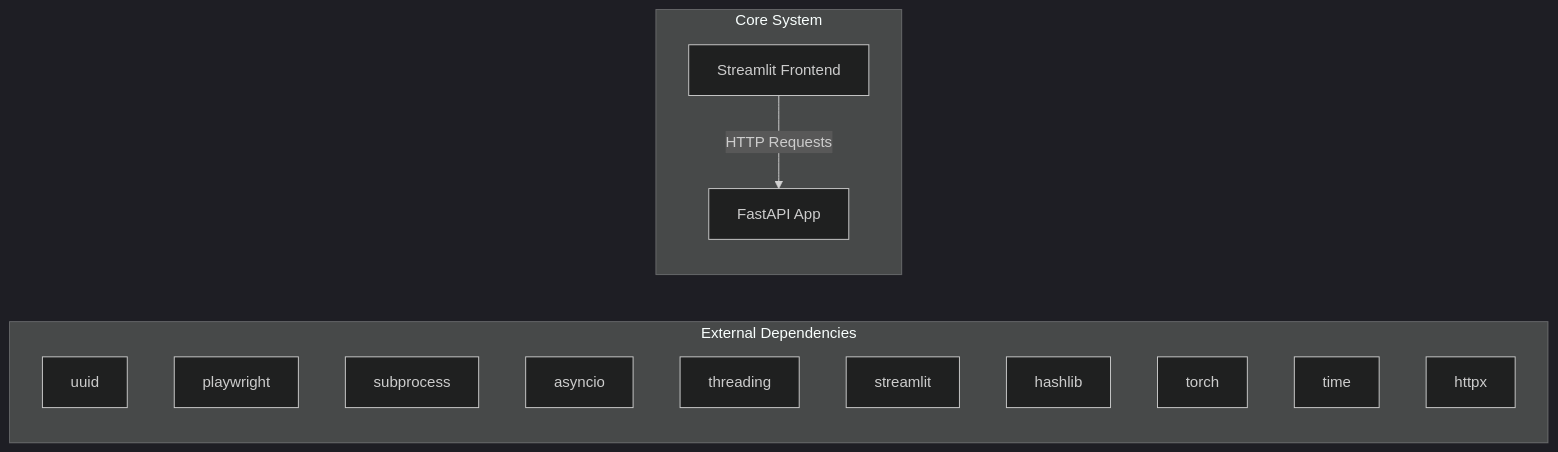
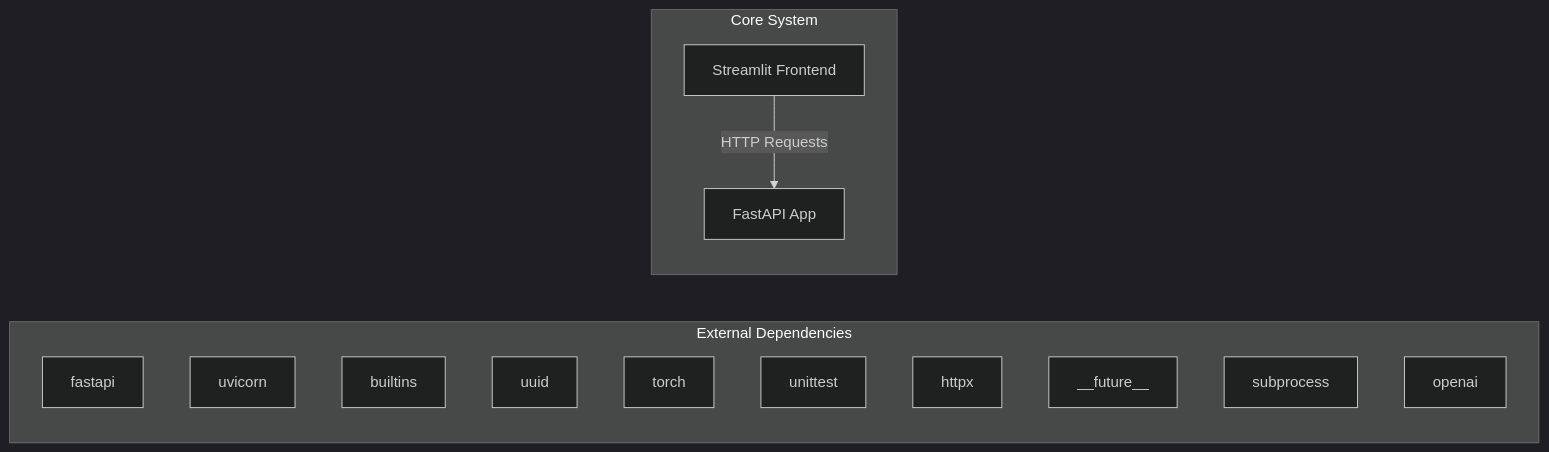
The first of 2 diagrams in docs/architecture.md (NITISH-R-G/rag-context-optimizer), drawn with Mermaid (dark theme) before and after one commit. The commit also changed 1 other file, not shown here.

Commit message:
docs: auto-update repository knowledge, architecture diagrams, and documentation

````diff
--- a/docs/architecture.md
+++ b/docs/architecture.md
@@ -7,20 +7,20 @@
 ```mermaid
 graph LR
     subgraph External Dependencies
-        E0["uuid"]
-        E1["playwright"]
-        E2["subprocess"]
-        E3["asyncio"]
-        E4["threading"]
-        E5["streamlit"]
-        E6["hashlib"]
-        E7["torch"]
-        E8["time"]
-        E9["httpx"]
+        E0["fastapi"]
+        E1["uvicorn"]
+        E2["builtins"]
+        E3["uuid"]
+        E4["torch"]
+        E5["unittest"]
+        E6["httpx"]
+        E7["__future__"]
+        E8["subprocess"]
+        E9["openai"]
     end
     subgraph Core System
         API["FastAPI App"]
         UI["Streamlit Frontend"]
     end
     UI -->|HTTP Requests| API
 ```
````
